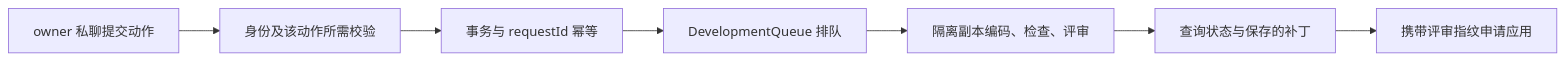
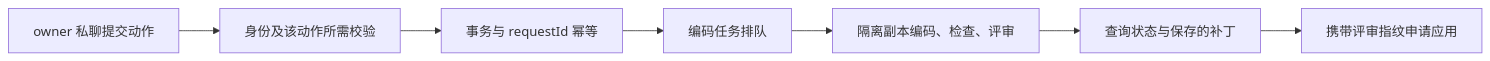
The diagram in .repo-review/knowledge/articles/6e20b08938aab5b4813f7e44affb91e59e5d419291e32152b3f9044e992778ca.md (lejunyang/omem), drawn with Mermaid before and after one commit. The commit also changed other lines of this file and 23 other files, not shown here.

````diff
--- a/.repo-review/knowledge/articles/6e20b08938aab5b4813f7e44affb91e59e5d419291e32152b3f9044e992778ca.md
+++ b/.repo-review/knowledge/articles/6e20b08938aab5b4813f7e44affb91e59e5d419291e32152b3f9044e992778ca.md
@@ -23,9 +27,9 @@
 ```mermaid
 flowchart LR
   A[owner 私聊提交动作] --> B[身份及该动作所需校验]
   B --> C[事务与 requestId 幂等]
-  C --> D[DevelopmentQueue 排队]
+  C --> D[编码任务排队]
   D --> E[隔离副本编码、检查、评审]
   E --> F[查询状态与保存的补丁]
   F --> G[携带评审指纹申请应用]
 ```
````
